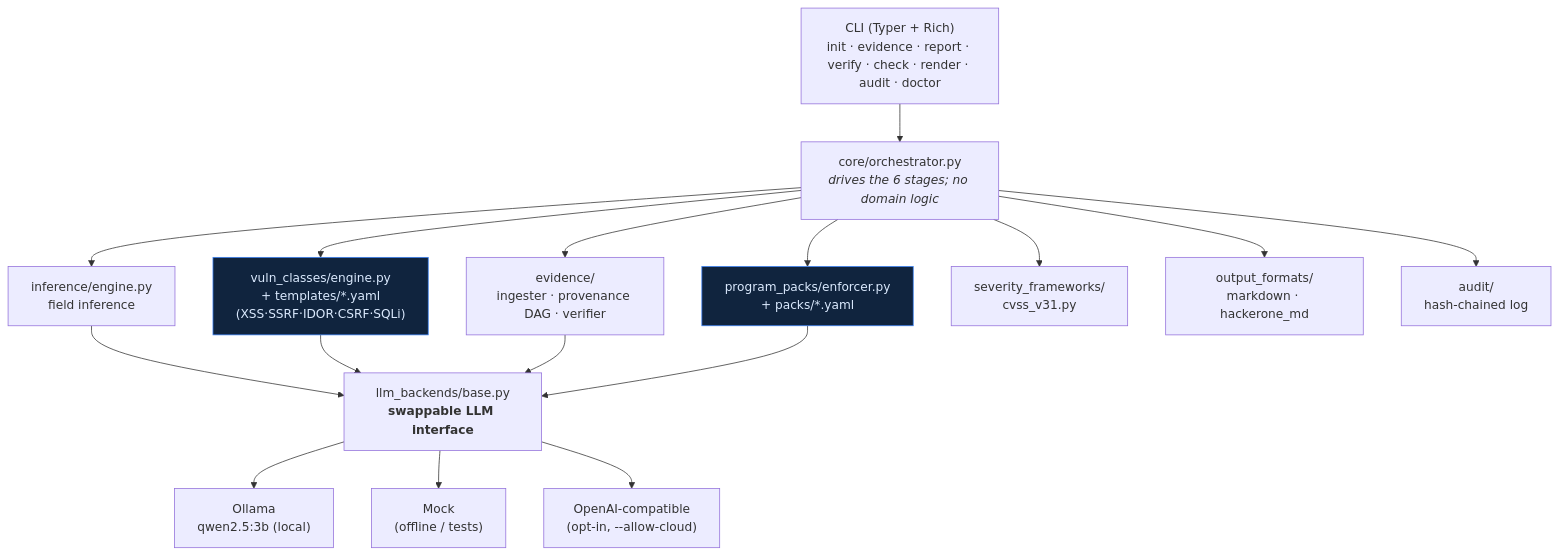
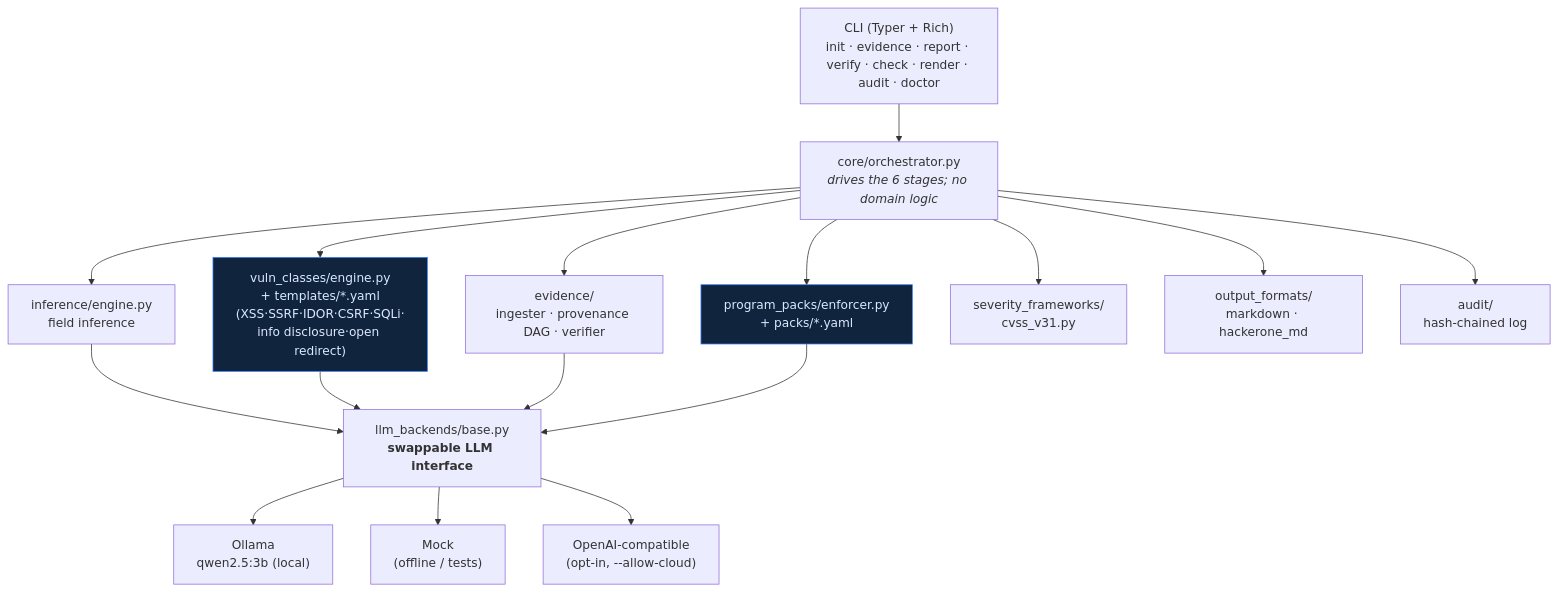
The second of 2 diagrams in diagram.md (Uzair4264/ProofForge-AI), drawn with Mermaid before and after one commit. The commit also changed other lines of this file and 1 other file, not shown here.

First line of the commit message:
Update README and diagram for 7 classes and evidence-based checks

````diff
--- a/diagram.md
+++ b/diagram.md
@@ -38,25 +38,25 @@
 ```mermaid
 flowchart TD
     CLI["CLI (Typer + Rich)<br/>init · evidence · report · verify · check · render · audit · doctor"]
     CLI --> ORCH["core/orchestrator.py<br/><i>drives the 6 stages; no domain logic</i>"]
 
     ORCH --> INF["inference/engine.py<br/>field inference"]
-    ORCH --> VCE["vuln_classes/engine.py<br/>+ templates/*.yaml<br/>(XSS·SSRF·IDOR·CSRF·SQLi)"]
+    ORCH --> VCE["vuln_classes/engine.py<br/>+ templates/*.yaml<br/>(XSS·SSRF·IDOR·CSRF·SQLi·<br/>info disclosure·open redirect)"]
     ORCH --> EVID["evidence/<br/>ingester · provenance DAG · verifier"]
     ORCH --> ENF["program_packs/enforcer.py<br/>+ packs/*.yaml"]
     ORCH --> SEV["severity_frameworks/<br/>cvss_v31.py"]
     ORCH --> OUT["output_formats/<br/>markdown · hackerone_md"]
     ORCH --> AUD["audit/<br/>hash-chained log"]
 
     INF --> BE
     VCE --> BE
     EVID --> BE
     ENF --> BE
     BE["llm_backends/base.py<br/><b>swappable LLM interface</b>"]
     BE --> OLL["Ollama<br/>qwen2.5:3b (local)"]
     BE --> MOCK["Mock<br/>(offline / tests)"]
     BE --> CLOUD["OpenAI-compatible<br/>(opt-in, --allow-cloud)"]
 
     classDef data fill:#10243e,stroke:#3b82f6,color:#dbeafe;
     class VCE,ENF data;
 ```
````
